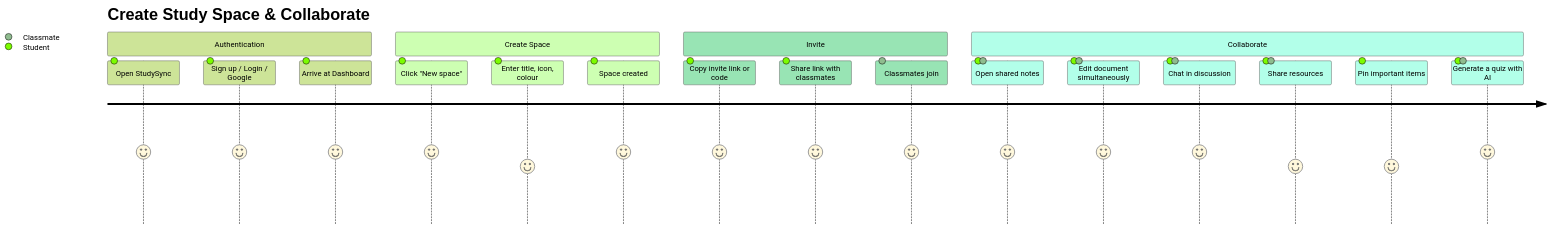
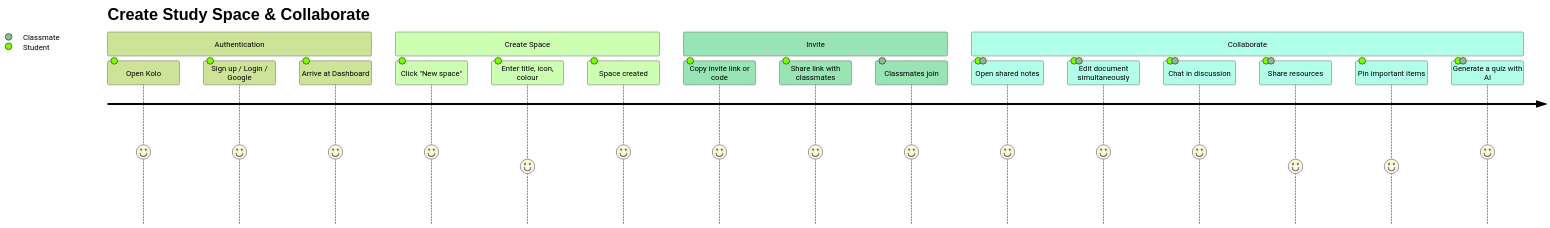
One commit to Priyansh9506/Hive changed diagram 13 of 19 in README.md. Above: the diagram before and after it, drawn with Mermaid (forest theme). The commit also changed other lines of this file and 24 other files, not shown here.

First line of the commit message:
feat: rename StudySync to Kolo with new hexagon logo

````diff
--- a/README.md
+++ b/README.md
@@ -1084,23 +1084,23 @@
 ```mermaid
 journey
     title Create Study Space & Collaborate
     section Authentication
-      Open StudySync: 5: Student
+      Open Kolo: 5: Student
       Sign up / Login / Google: 5: Student
       Arrive at Dashboard: 5: Student
     section Create Space
       Click "New space": 5: Student
       Enter title, icon, colour: 4: Student
       Space created: 5: Student
     section Invite
       Copy invite link or code: 5: Student
       Share link with classmates: 5: Student
       Classmates join: 5: Classmate
     section Collaborate
       Open shared notes: 5: Student, Classmate
       Edit document simultaneously: 5: Student, Classmate
       Chat in discussion: 5: Student, Classmate
       Share resources: 4: Student, Classmate
       Pin important items: 4: Student
       Generate a quiz with AI: 5: Student, Classmate
 ```
````
